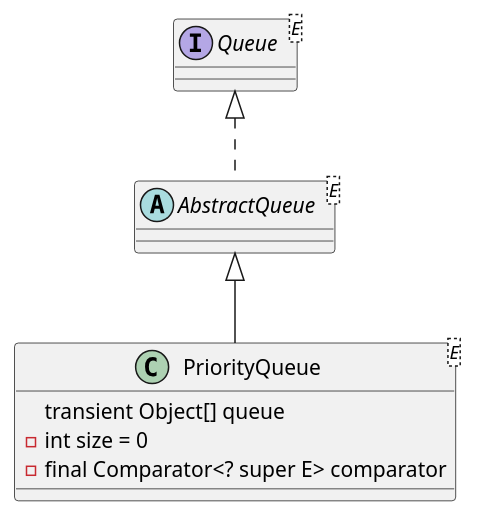
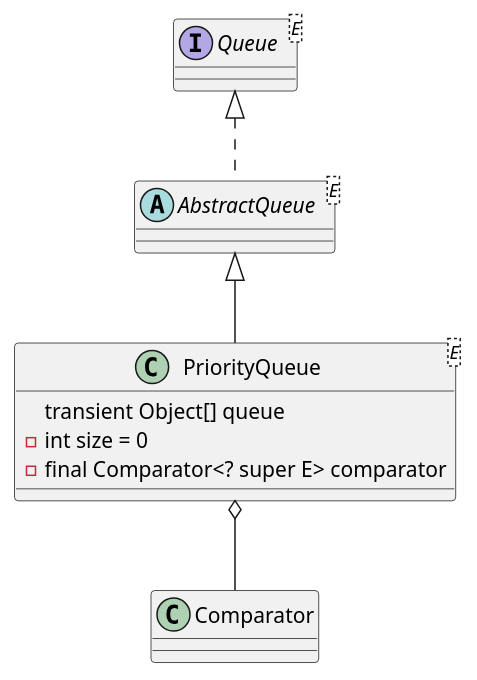
One commit to onlyonion/development changed the diagram in 10-java/src/rt.jar.src/java/util/collections/queue.PriorityQueue.md. Above: the diagram before and after it, drawn with PlantUML. The commit also changed other lines of this file and 19 other files, not shown here.

````diff
--- a/10-java/src/rt.jar.src/java/util/collections/queue.PriorityQueue.md
+++ b/10-java/src/rt.jar.src/java/util/collections/queue.PriorityQueue.md
@@ -4,17 +4,19 @@
 ```plantuml
 @startuml
 
 interface Queue<E>
 abstract class AbstractQueue<E>
 
 Queue ^.. AbstractQueue
 
 AbstractQueue ^-- PriorityQueue
 class PriorityQueue<E> {
     transient Object[] queue
     - int size = 0
     - final Comparator<? super E> comparator
 }
 
+PriorityQueue o-- Comparator
+
 @enduml
 ```
````
